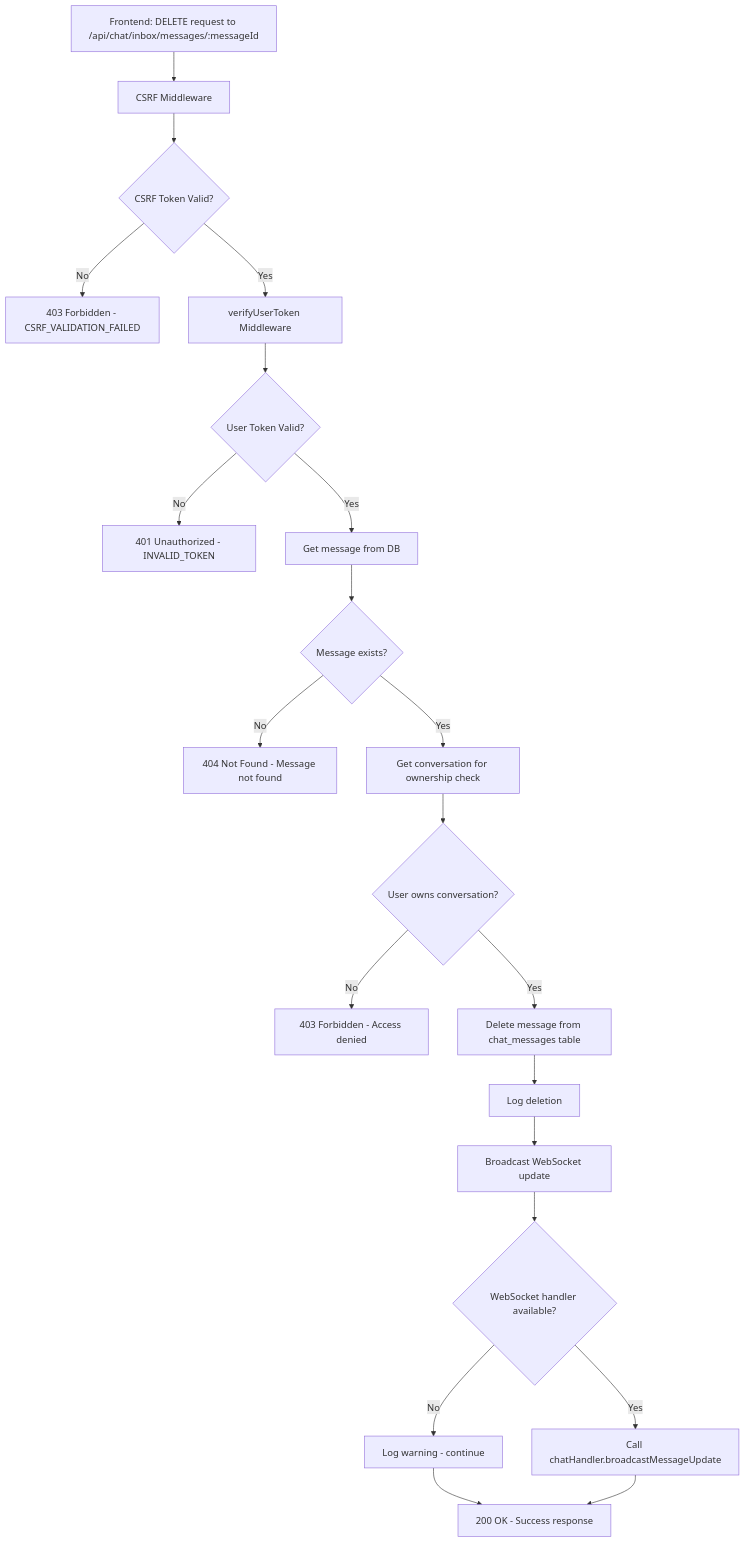
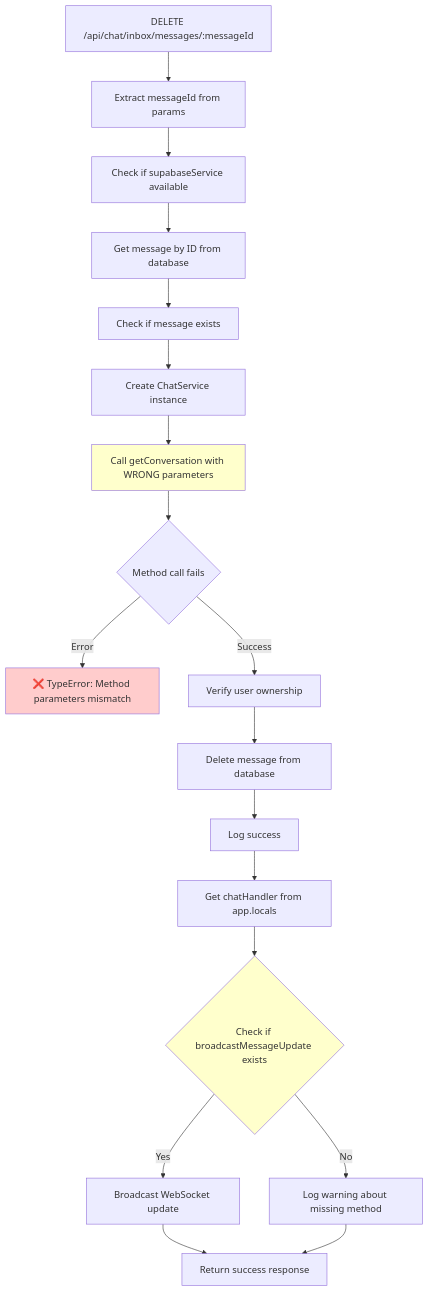
One commit to HeltonFraga01/cortexx changed the diagram in MESSAGE_DELETION_DIAGNOSTIC_FLOW.md. Above: the diagram before and after it, drawn with Mermaid. The commit also changed other lines of this file and 16 other files, not shown here.

First line of the commit message:
fix(agent): resolve message deletion WebSocket error and persist imported contacts

````diff
--- a/MESSAGE_DELETION_DIAGNOSTIC_FLOW.md
+++ b/MESSAGE_DELETION_DIAGNOSTIC_FLOW.md
@@ -5,23 +5,24 @@
 ```mermaid
 flowchart TD
-    A[Frontend: DELETE request to /api/chat/inbox/messages/:messageId] --> B[CSRF Middleware]
-    B --> C{CSRF Token Valid?}
-    C -->|No| D[403 Forbidden - CSRF_VALIDATION_FAILED]
-    C -->|Yes| E[verifyUserToken Middleware]
-    E --> F{User Token Valid?}
-    F -->|No| G[401 Unauthorized - INVALID_TOKEN]
-    F -->|Yes| H[Get message from DB]
-    H --> I{Message exists?}
-    I -->|No| J[404 Not Found - Message not found]
-    I -->|Yes| K[Get conversation for ownership check]
-    K --> L{User owns conversation?}
-    L -->|No| M[403 Forbidden - Access denied]
-    L -->|Yes| N[Delete message from chat_messages table]
-    N --> O[Log deletion]
-    O --> P[Broadcast WebSocket update]
-    P --> Q{WebSocket handler available?}
-    Q -->|No| R[Log warning - continue]
-    Q -->|Yes| S[Call chatHandler.broadcastMessageUpdate]
-    R --> T[200 OK - Success response]
-    S --> T
+    A[DELETE /api/chat/inbox/messages/:messageId] --> B[Extract messageId from params]
+    B --> C[Check if supabaseService available]
+    C --> D[Get message by ID from database]
+    D --> E[Check if message exists]
+    E --> F[Create ChatService instance]
+    F --> G[Call getConversation with WRONG parameters]
+    G --> H{Method call fails}
+    H -->|Error| I[❌ TypeError: Method parameters mismatch]
+    H -->|Success| J[Verify user ownership]
+    J --> K[Delete message from database]
+    K --> L[Log success]
+    L --> M[Get chatHandler from app.locals]
+    M --> N{Check if broadcastMessageUpdate exists}
+    N -->|Yes| O[Broadcast WebSocket update]
+    N -->|No| P[Log warning about missing method]
+    O --> Q[Return success response]
+    P --> Q
+
+    style I fill:#ffcccc
+    style G fill:#ffffcc
+    style N fill:#ffffcc
 ```
````
